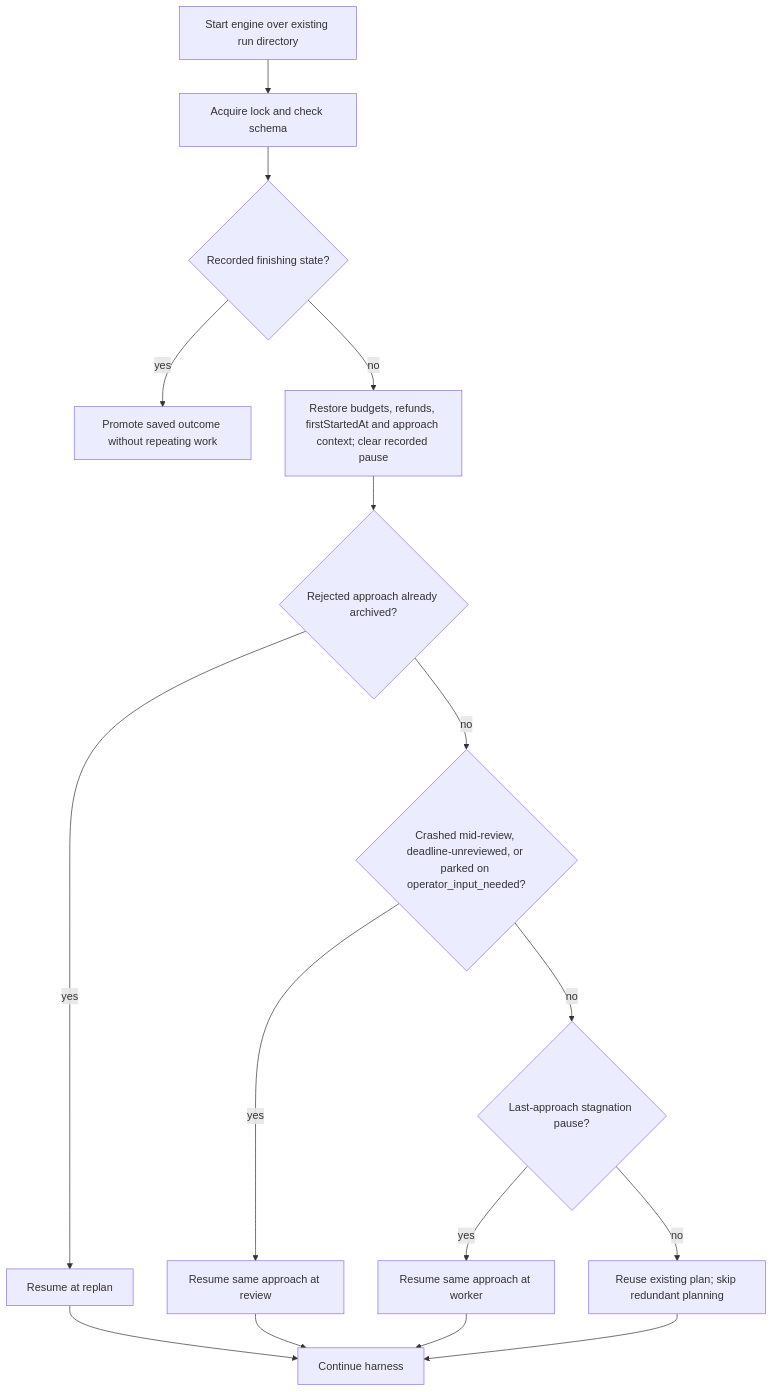
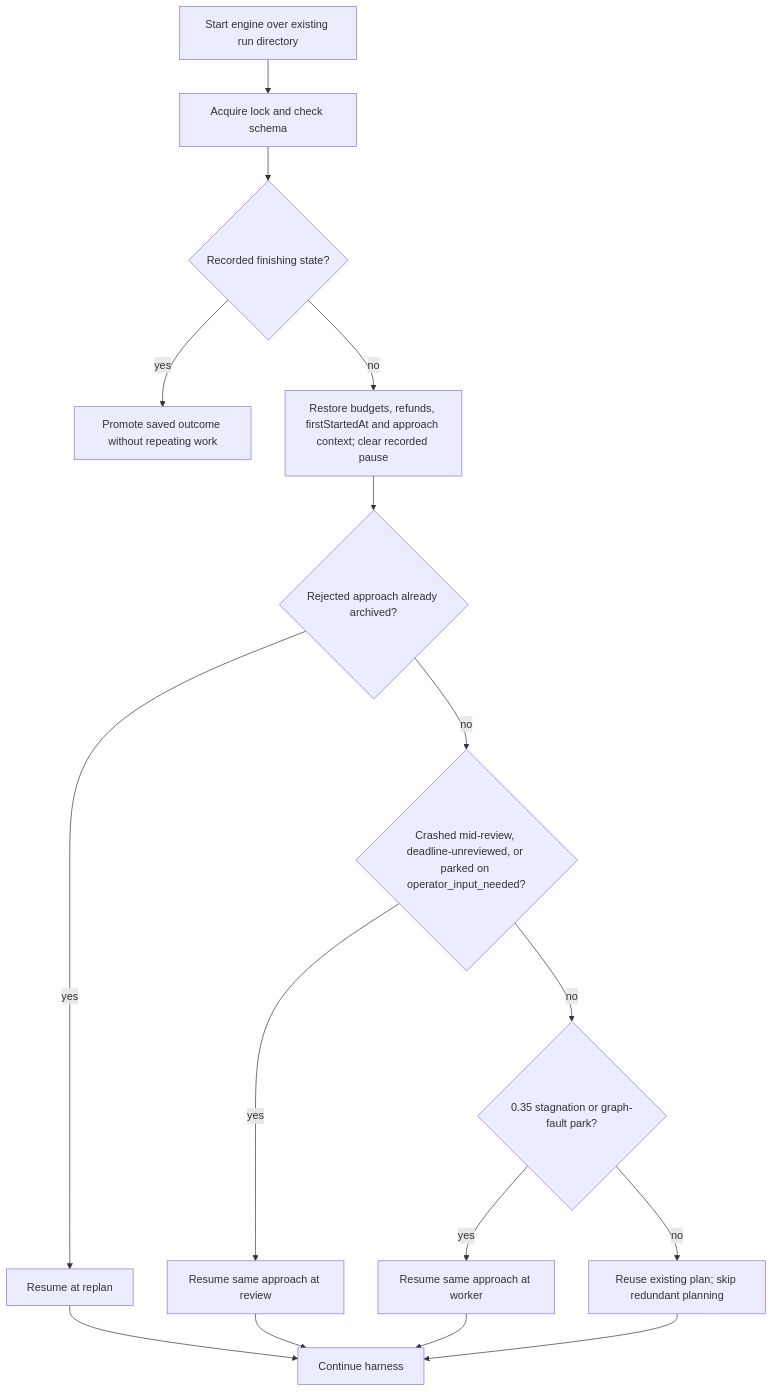
Before and after one commit to n-orlov/ralphd: the tenth of 10 diagrams in docs/solution-tech-spec.md, drawn with Mermaid. The commit also changed other lines of this file and 31 other files, not shown here.

First line of the commit message:
engine: stagnation self-heals to the next approach and graph faults replan the same approach (#304)

````diff
--- a/docs/solution-tech-spec.md
+++ b/docs/solution-tech-spec.md
@@ -1431,18 +1431,18 @@
 ```mermaid
 flowchart TD
     Resume["Start engine over existing run directory"] --> Lock["Acquire lock and check schema"]
     Lock --> Finishing{"Recorded finishing state?"}
     Finishing -->|yes| Promote["Promote saved outcome without repeating work"]
     Finishing -->|no| Seed["Restore budgets, refunds, firstStartedAt and approach context; clear recorded pause"]
     Seed --> Archived{"Rejected approach already archived?"}
     Archived -->|yes| Replan["Resume at replan"]
     Archived -->|no| Judge{"Crashed mid-review, deadline-unreviewed, or parked on operator_input_needed?"}
     Judge -->|yes| Review["Resume same approach at review"]
-    Judge -->|no| Stagnation{"Last-approach stagnation pause?"}
-    Stagnation -->|yes| Worker["Resume same approach at worker"]
-    Stagnation -->|no| Existing["Reuse existing plan; skip redundant planning"]
+    Judge -->|no| Legacy{"0.35 stagnation or graph-fault park?"}
+    Legacy -->|yes| Worker["Resume same approach at worker"]
+    Legacy -->|no| Existing["Reuse existing plan; skip redundant planning"]
     Replan --> Continue["Continue harness"]
     Review --> Continue
     Worker --> Continue
     Existing --> Continue
 ```
````
